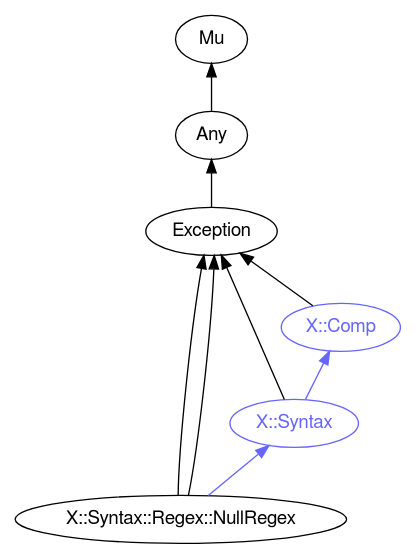
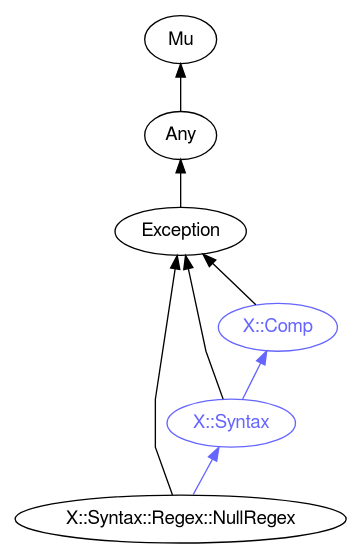
One commit to perl6docs/perl6docs.github.io changed the diagram in images/type-graph-X::Syntax::Regex::NullRegex.svg.dot. Above: the diagram before and after it, drawn with Graphviz. The commit also changed 4350 other files, not shown here.

```diff
--- a/images/type-graph-X::Syntax::Regex::NullRegex.svg.dot
+++ b/images/type-graph-X::Syntax::Regex::NullRegex.svg.dot
@@ -1,24 +1,23 @@
 digraph "perl6-type-graph" {
     rankdir=BT;
     splines=polyline;
     overlap=false; 
     // Types
     "X::Syntax::Regex::NullRegex" [color="#000000", fontcolor="#000000", href="/type/X::Syntax::Regex::NullRegex", fontname="FreeSans"];
     "Mu" [color="#000000", fontcolor="#000000", href="/type/Mu", fontname="FreeSans"];
     "Any" [color="#000000", fontcolor="#000000", href="/type/Any", fontname="FreeSans"];
     "Exception" [color="#000000", fontcolor="#000000", href="/type/Exception", fontname="FreeSans"];
     "X::Comp" [color="#6666FF", fontcolor="#6666FF", href="/type/X::Comp", fontname="FreeSans"];
     "X::Syntax" [color="#6666FF", fontcolor="#6666FF", href="/type/X::Syntax", fontname="FreeSans"];
 
     // Superclasses
     "X::Syntax::Regex::NullRegex" -> "Exception" [color="#000000"];
-    "X::Syntax::Regex::NullRegex" -> "Exception" [color="#000000"];
     "Any" -> "Mu" [color="#000000"];
     "Exception" -> "Any" [color="#000000"];
     "X::Comp" -> "Exception" [color="#000000"];
     "X::Syntax" -> "Exception" [color="#000000"];
 
     // Roles
     "X::Syntax::Regex::NullRegex" -> "X::Syntax" [color="#6666FF"];
     "X::Syntax" -> "X::Comp" [color="#6666FF"];
 }
```
